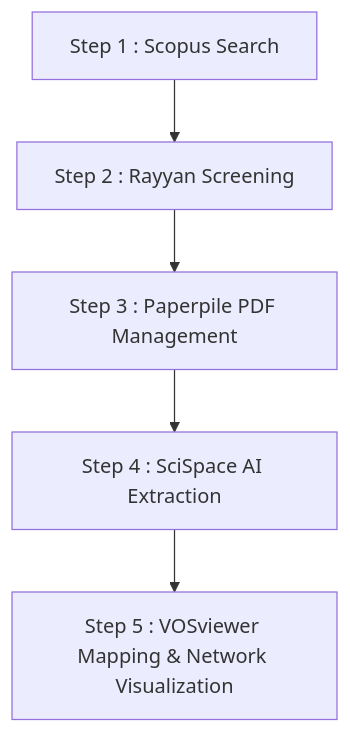
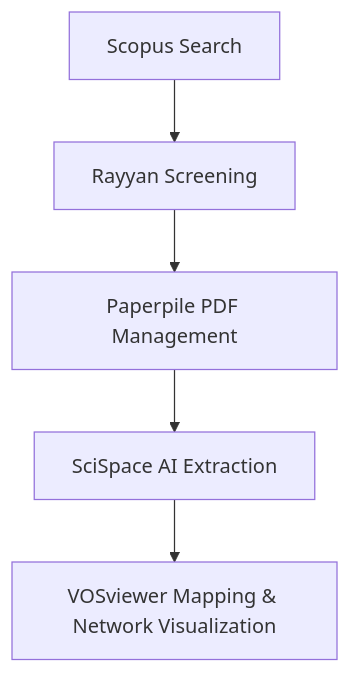
Before and after one commit to Narmilan-A/Systematic-Review-Toolkit: the diagram in readme.md, drawn with Mermaid. The commit also changed other lines of this file and 5 other files, not shown here.

````diff
--- a/readme.md
+++ b/readme.md
@@ -22,7 +24,7 @@
 ```mermaid
 graph TD
-    A[Step 1 : Scopus Search] --> B[Step 2 : Rayyan Screening]
-    B --> C[Step 3 : Paperpile PDF Management]
-    C --> D[Step 4 : SciSpace AI Extraction]
-    D --> E[Step 5 : VOSviewer Mapping & Network Visualization]
+    A[Scopus Search] --> B[Rayyan Screening]
+    B --> C[Paperpile PDF Management]
+    C --> D[SciSpace AI Extraction]
+    D --> E[VOSviewer Mapping & Network Visualization]
 ```
````
